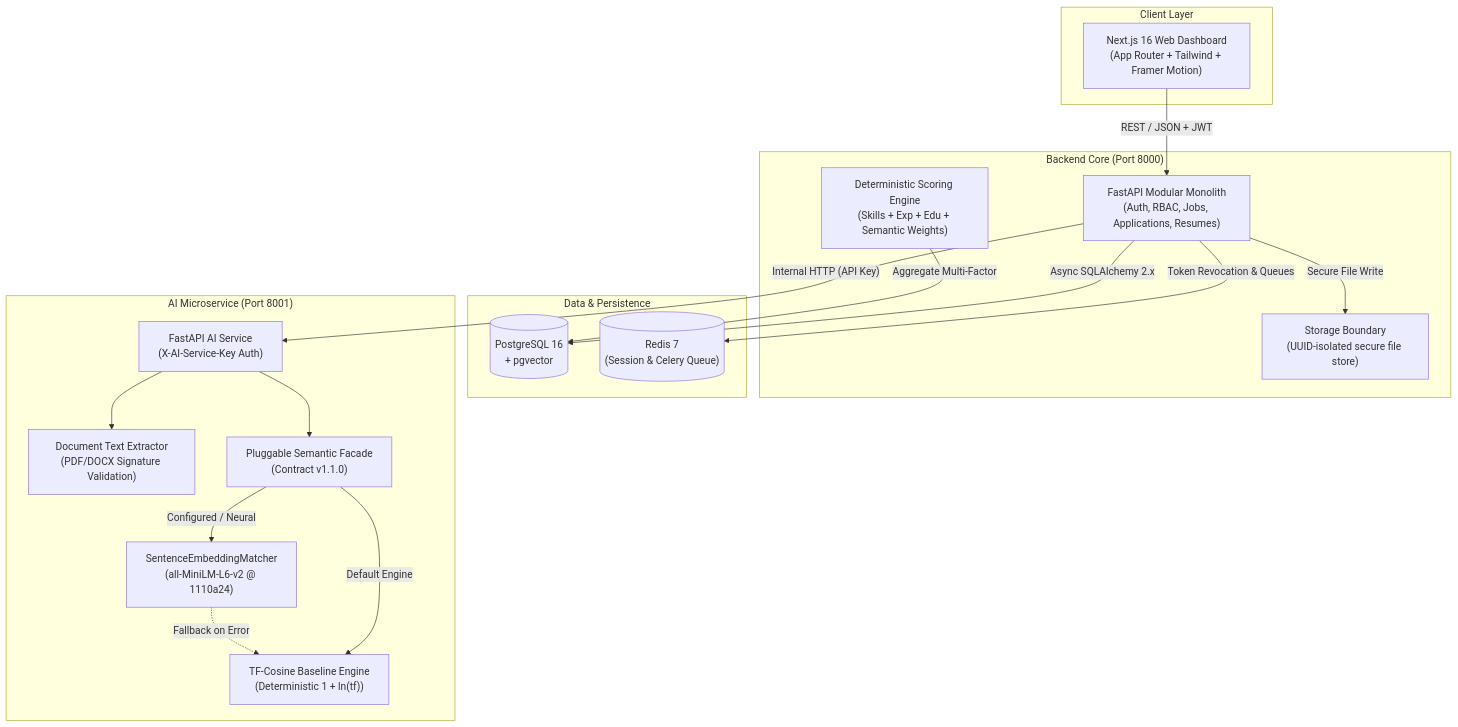
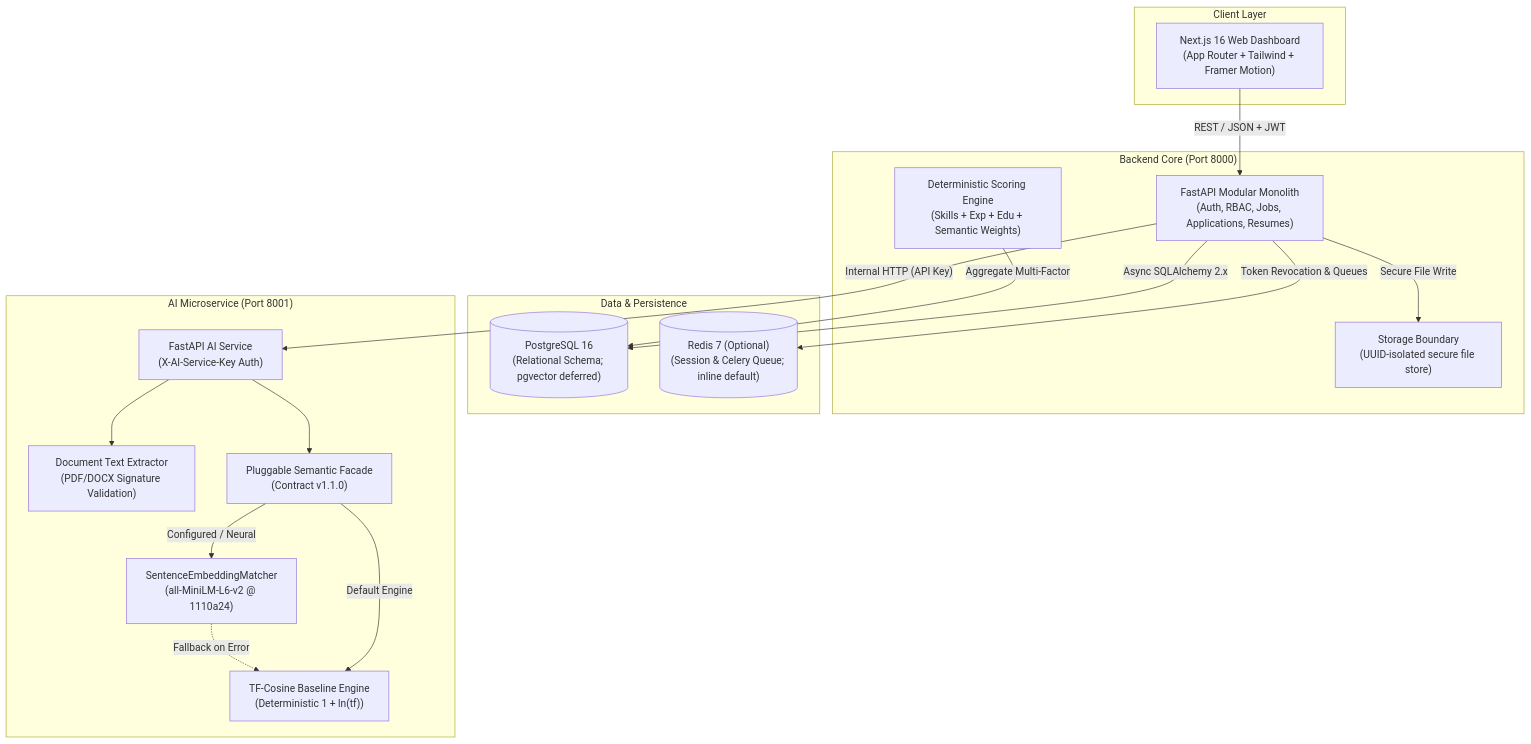
One commit to CareerSyncAI/AI-Job-Matcher changed the diagram in README.md. Above: the diagram before and after it, drawn with Mermaid. The commit also changed other lines of this file and 5 other files, not shown here.

Commit message:
docs & chore: establish truth source, reconcile architecture claims, and remove incompatible pages workflow

````diff
--- a/README.md
+++ b/README.md
@@ -37,38 +37,38 @@
 ```mermaid
 flowchart TD
     subgraph Client ["Client Layer"]
         Web["Next.js 16 Web Dashboard\n(App Router + Tailwind + Framer Motion)"]
     end
 
     subgraph BackendGateway ["Backend Core (Port 8000)"]
         API["FastAPI Modular Monolith\n(Auth, RBAC, Jobs, Applications, Resumes)"]
         ScoringEngine["Deterministic Scoring Engine\n(Skills + Exp + Edu + Semantic Weights)"]
         Storage["Storage Boundary\n(UUID-isolated secure file store)"]
     end
 
     subgraph DataLayer ["Data & Persistence"]
-        PG[("PostgreSQL 16\n+ pgvector")]
-        Redis[("Redis 7\n(Session & Celery Queue)")]
+        PG[("PostgreSQL 16\n(Relational Schema; pgvector deferred)")]
+        Redis[("Redis 7 (Optional)\n(Session & Celery Queue; inline default)")]
     end
 
     subgraph AIService ["AI Microservice (Port 8001)"]
         AIAPI["FastAPI AI Service\n(X-AI-Service-Key Auth)"]
         Extractor["Document Text Extractor\n(PDF/DOCX Signature Validation)"]
         MatcherFacade["Pluggable Semantic Facade\n(Contract v1.1.0)"]
         BaselineEngine["TF-Cosine Baseline Engine\n(Deterministic 1 + ln(tf))"]
         EmbeddingEngine["SentenceEmbeddingMatcher\n(all-MiniLM-L6-v2 @ 1110a24)"]
     end
 
     Web -->|"REST / JSON + JWT"| API
     API -->|"Async SQLAlchemy 2.x"| PG
     API -->|"Token Revocation & Queues"| Redis
     API -->|"Secure File Write"| Storage
     API -->|"Internal HTTP (API Key)"| AIAPI
 
     AIAPI --> Extractor
     AIAPI --> MatcherFacade
     MatcherFacade -->|"Default Engine"| BaselineEngine
     MatcherFacade -->|"Configured / Neural"| EmbeddingEngine
     EmbeddingEngine -.->|"Fallback on Error"| BaselineEngine
     ScoringEngine -->|"Aggregate Multi-Factor"| PG
 ```
````
